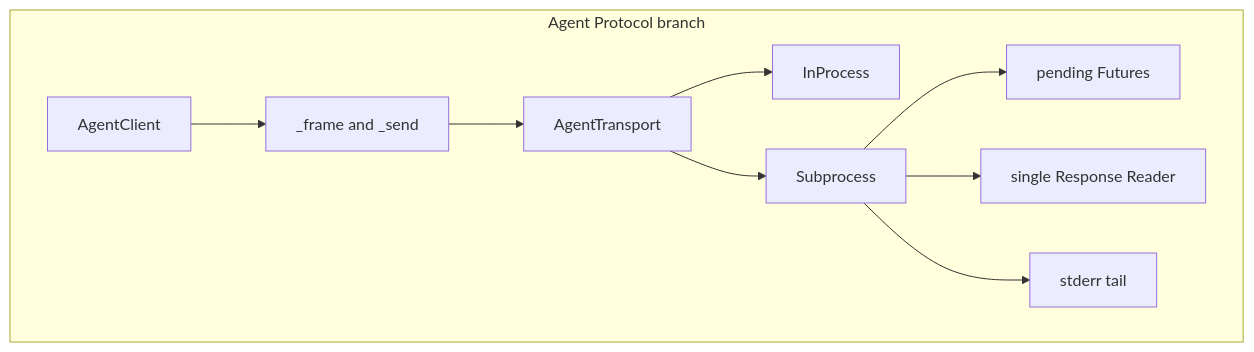
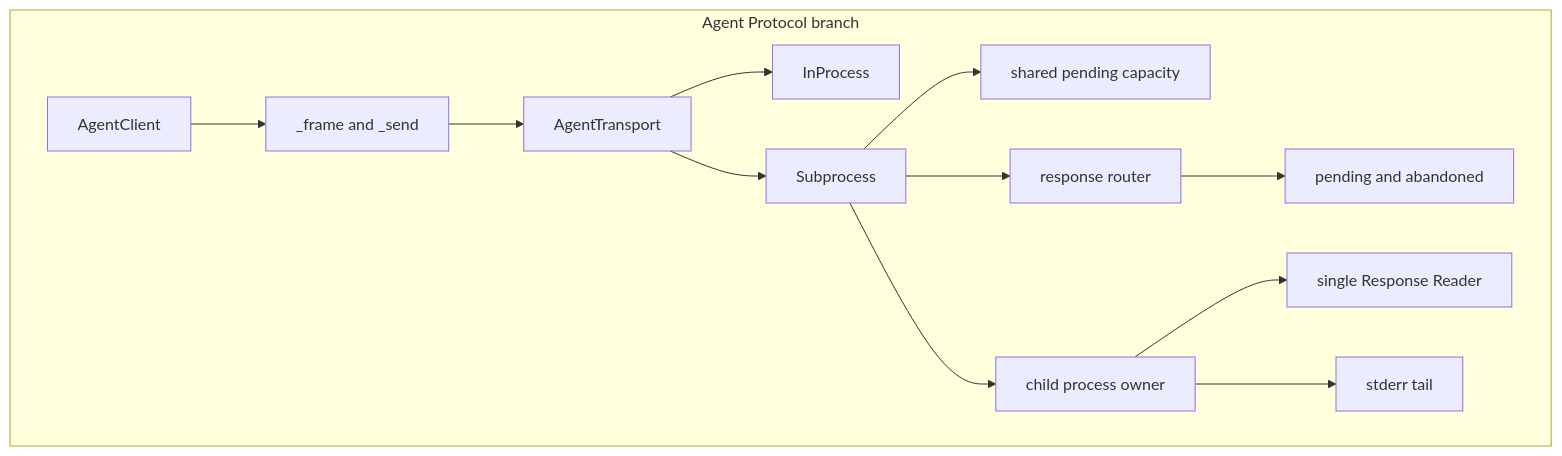
One commit to carrie1988/Harnessix changed the second of 15 diagrams in docs/modules/sdk.md. Above: the diagram before and after it, drawn with Mermaid. The commit also changed other lines of this file and 12 other files, not shown here.

````diff
--- a/docs/modules/sdk.md
+++ b/docs/modules/sdk.md
@@ -166,12 +168,15 @@
 ```mermaid
 flowchart TB
     subgraph AgentBranch["Agent Protocol branch"]
         AC["AgentClient"] --> F["_frame and _send"]
         F --> AT["AgentTransport"]
         AT --> IP["InProcess"]
         AT --> SP["Subprocess"]
-        SP --> Pending["pending Futures"]
-        SP --> Reader["single Response Reader"]
-        SP --> Err["stderr tail"]
+        SP --> Capacity["shared pending capacity"]
+        SP --> Router["response router"]
+        SP --> Child["child process owner"]
+        Router --> Pending["pending and abandoned"]
+        Child --> Reader["single Response Reader"]
+        Child --> Err["stderr tail"]
     end
 ```
````
